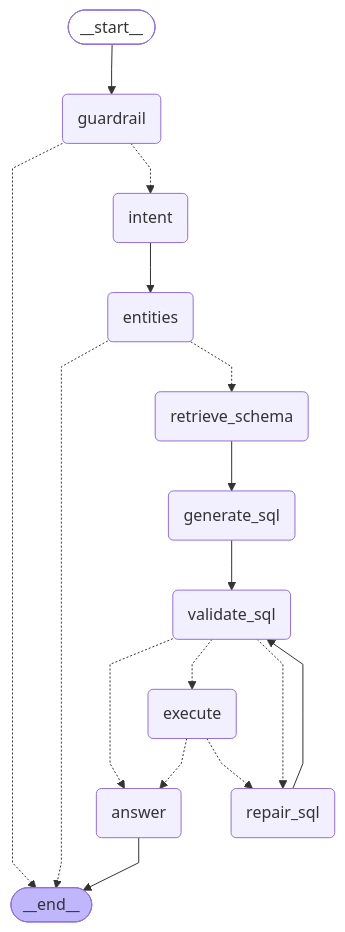
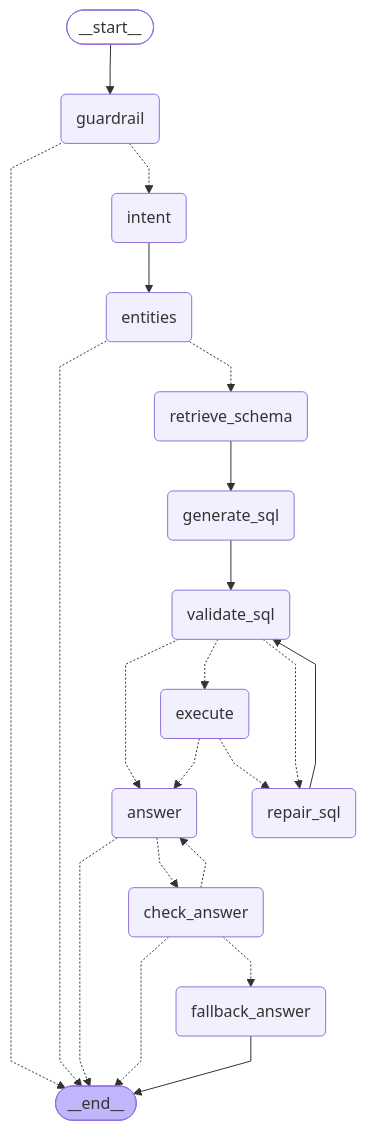
Before and after one commit to mianzaman/finquery-agent: the diagram in docs/graph.mmd, drawn with Mermaid. The commit also changed 17 other files, not shown here.

Commit message:
feat: add answer node with numeric faithfulness check

```diff
--- a/docs/graph.mmd
+++ b/docs/graph.mmd
@@ -1,35 +1,42 @@
 ---
 config:
   flowchart:
     curve: linear
 ---
 graph TD;
 	__start__([<p>__start__</p>]):::first
 	guardrail(guardrail)
 	intent(intent)
 	entities(entities)
 	retrieve_schema(retrieve_schema)
 	generate_sql(generate_sql)
 	validate_sql(validate_sql)
 	execute(execute)
 	repair_sql(repair_sql)
 	answer(answer)
+	check_answer(check_answer)
+	fallback_answer(fallback_answer)
 	__end__([<p>__end__</p>]):::last
 	__start__ --> guardrail;
+	answer -.-> __end__;
+	answer -.-> check_answer;
+	check_answer -.-> __end__;
+	check_answer -.-> answer;
+	check_answer -.-> fallback_answer;
 	entities -.-> __end__;
 	entities -.-> retrieve_schema;
 	execute -.-> answer;
 	execute -.-> repair_sql;
 	generate_sql --> validate_sql;
 	guardrail -.-> __end__;
 	guardrail -.-> intent;
 	intent --> entities;
 	repair_sql --> validate_sql;
 	retrieve_schema --> generate_sql;
 	validate_sql -.-> answer;
 	validate_sql -.-> execute;
 	validate_sql -.-> repair_sql;
-	answer --> __end__;
+	fallback_answer --> __end__;
 	classDef default fill:#f2f0ff,line-height:1.2
 	classDef first fill-opacity:0
 	classDef last fill:#bfb6fc
```
